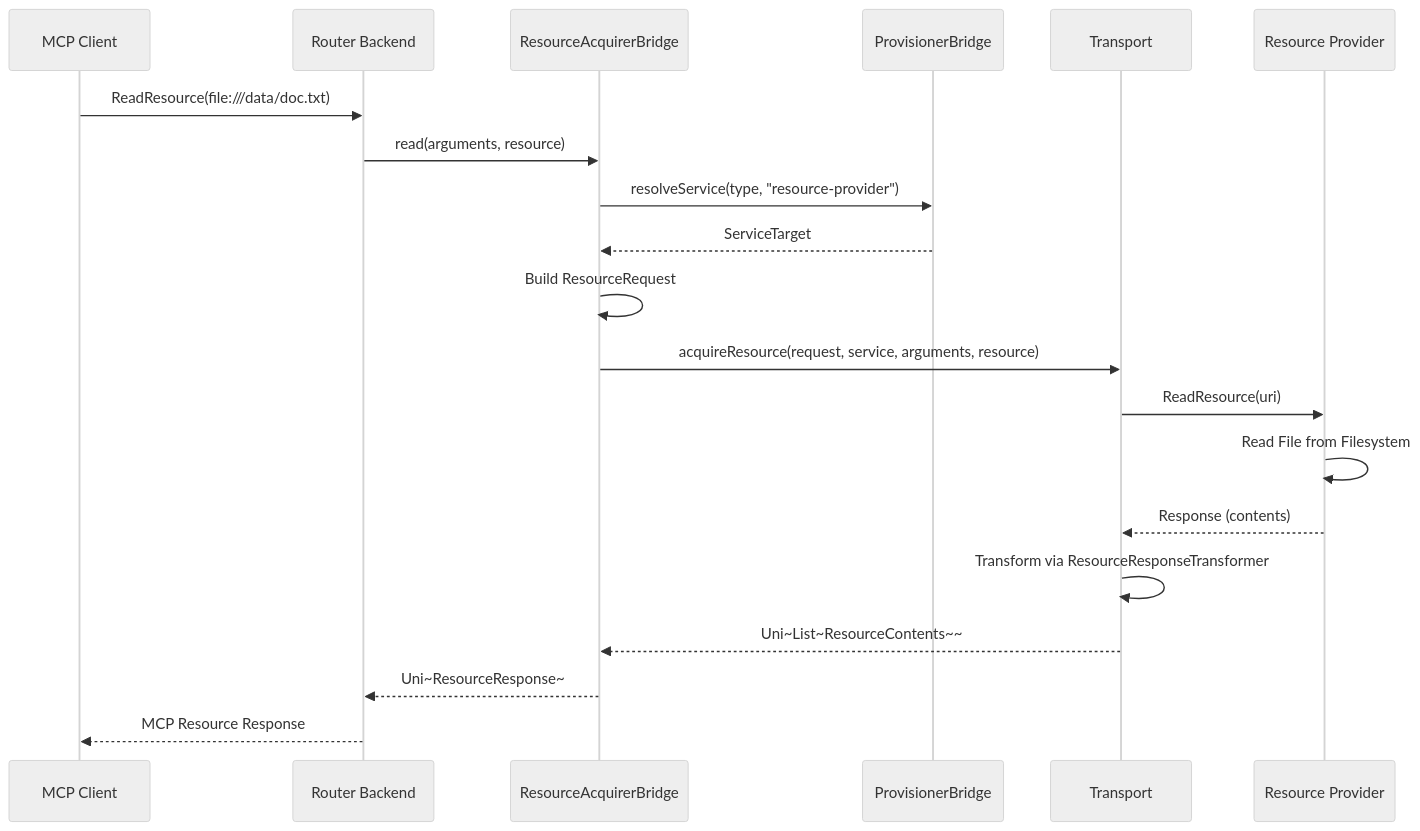
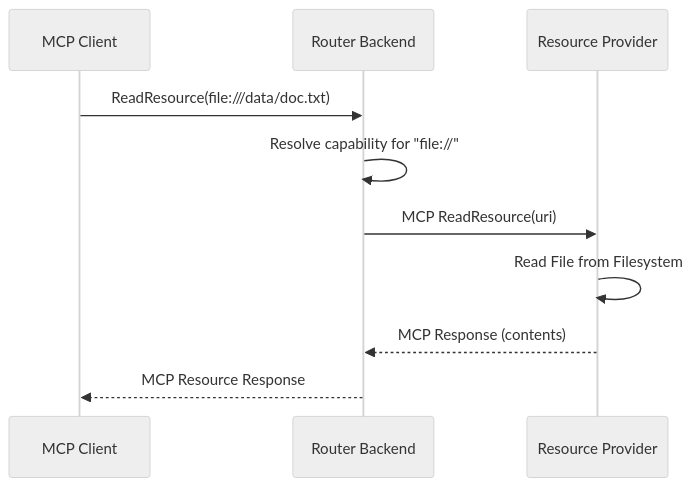
One commit to orpiske/wanaku-barn changed the first of 2 diagrams in docs/wanaku-router-internals.md. Above: the diagram before and after it, drawn with Mermaid (neutral theme). The commit also changed other lines of this file and 4 other files, not shown here.

First line of the commit message:
chore: fix docs to reflect MCP-based router-to-capability communication

````diff
--- a/docs/wanaku-router-internals.md
+++ b/docs/wanaku-router-internals.md
@@ -216,23 +44,13 @@
 ```mermaid
 sequenceDiagram
     participant MCP as MCP Client
     participant Router as Router Backend
-    participant RAB as ResourceAcquirerBridge
-    participant PB as ProvisionerBridge
-    participant Transport as Transport
     participant Provider as Resource Provider
 
     MCP->>Router: ReadResource(file:///data/doc.txt)
-    Router->>RAB: read(arguments, resource)
-    RAB->>PB: resolveService(type, "resource-provider")
-    PB-->>RAB: ServiceTarget
-    RAB->>RAB: Build ResourceRequest
-    RAB->>Transport: acquireResource(request, service, arguments, resource)
-    Transport->>Provider: ReadResource(uri)
+    Router->>Router: Resolve capability for "file://"
+    Router->>Provider: MCP ReadResource(uri)
     Provider->>Provider: Read File from Filesystem
-    Provider-->>Transport: Response (contents)
-    Transport->>Transport: Transform via ResourceResponseTransformer
-    Transport-->>RAB: Uni~List~ResourceContents~~
-    RAB-->>Router: Uni~ResourceResponse~
+    Provider-->>Router: MCP Response (contents)
     Router-->>MCP: MCP Resource Response
 ```
````
